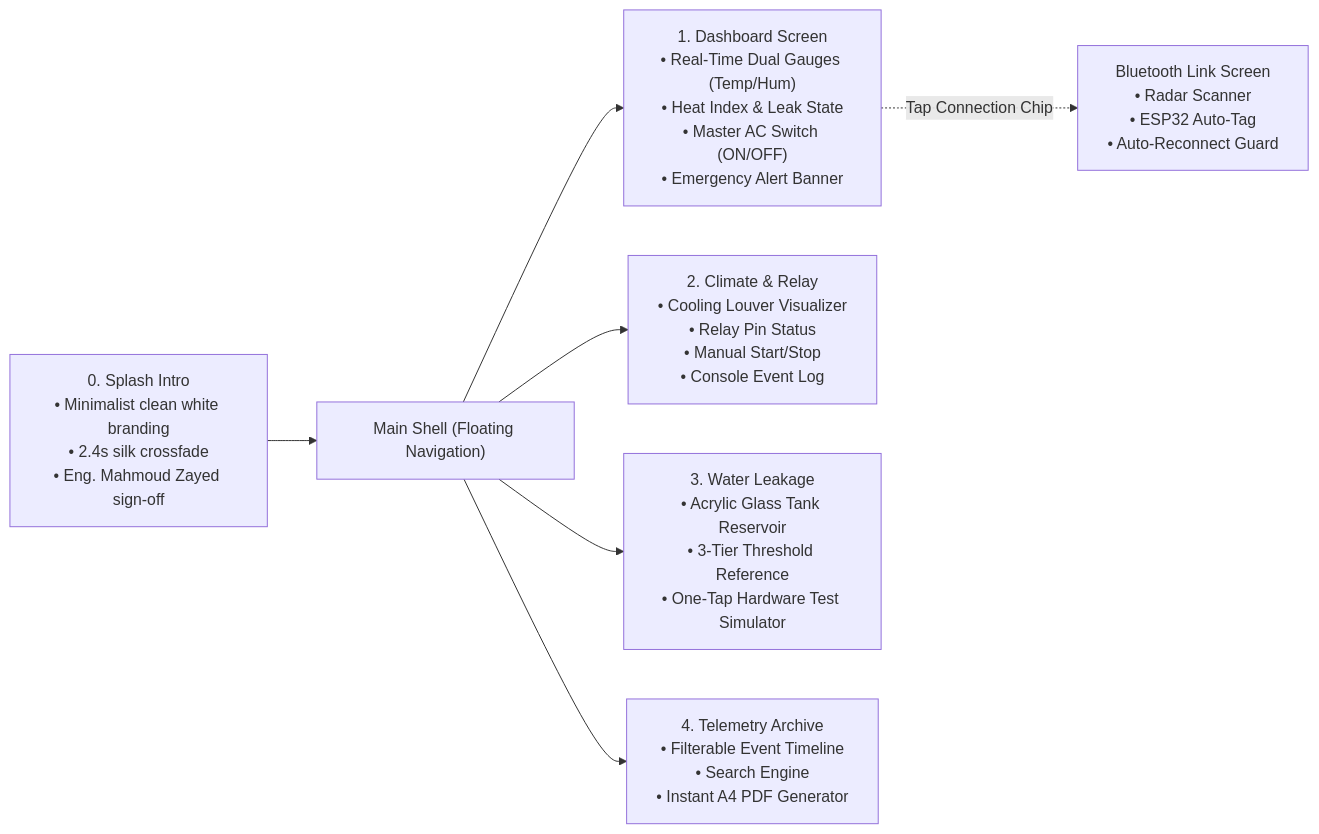
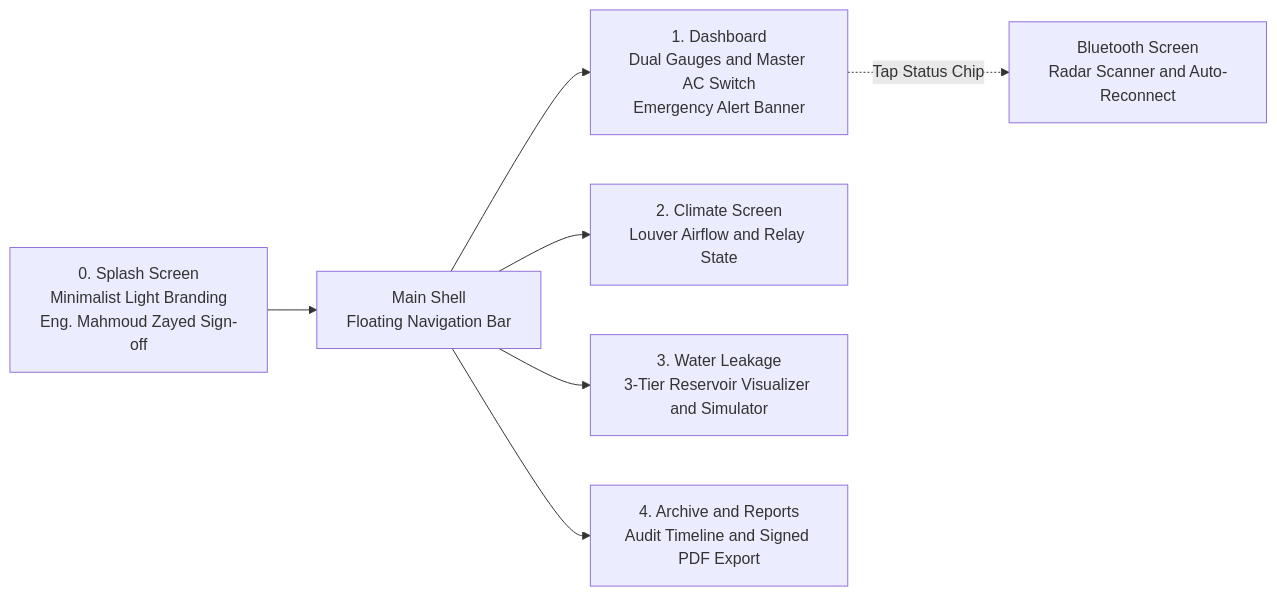
One commit to hassanIssa00/AC-Smart-Control changed the fourth of 4 diagrams in README.md. Above: the diagram before and after it, drawn with Mermaid. The commit also changed other lines of this file, not shown here.

Commit message:
fix(docs): resolve Mermaid syntax compatibility for GitHub renderer

````diff
--- a/README.md
+++ b/README.md
@@ -197,23 +187,17 @@
 ```mermaid
 flowchart LR
-    SPLASH["0. Splash Intro\n• Minimalist clean white branding\n• 2.4s silk crossfade\n• Eng. Mahmoud Zayed sign-off"]
-    
-    NAV["Main Shell (Floating Navigation)"]
-
-    TAB1["1. Dashboard Screen\n• Real-Time Dual Gauges (Temp/Hum)\n• Heat Index & Leak State\n• Master AC Switch (ON/OFF)\n• Emergency Alert Banner"]
-    
-    TAB2["2. Climate & Relay\n• Cooling Louver Visualizer\n• Relay Pin Status\n• Manual Start/Stop\n• Console Event Log"]
-    
-    TAB3["3. Water Leakage\n• Acrylic Glass Tank Reservoir\n• 3-Tier Threshold Reference\n• One-Tap Hardware Test Simulator"]
-    
-    TAB4["4. Telemetry Archive\n• Filterable Event Timeline\n• Search Engine\n• Instant A4 PDF Generator"]
-
-    BT["Bluetooth Link Screen\n• Radar Scanner\n• ESP32 Auto-Tag\n• Auto-Reconnect Guard"]
+    SPLASH["0. Splash Screen<br/>Minimalist Light Branding<br/>Eng. Mahmoud Zayed Sign-off"]
+    NAV["Main Shell<br/>Floating Navigation Bar"]
+    TAB1["1. Dashboard<br/>Dual Gauges and Master AC Switch<br/>Emergency Alert Banner"]
+    TAB2["2. Climate Screen<br/>Louver Airflow and Relay State"]
+    TAB3["3. Water Leakage<br/>3-Tier Reservoir Visualizer and Simulator"]
+    TAB4["4. Archive and Reports<br/>Audit Timeline and Signed PDF Export"]
+    BT["Bluetooth Screen<br/>Radar Scanner and Auto-Reconnect"]
 
     SPLASH --> NAV
     NAV --> TAB1
     NAV --> TAB2
     NAV --> TAB3
     NAV --> TAB4
-    TAB1 -.->|Tap Connection Chip| BT
+    TAB1 -.->|Tap Status Chip| BT
 ```
````
